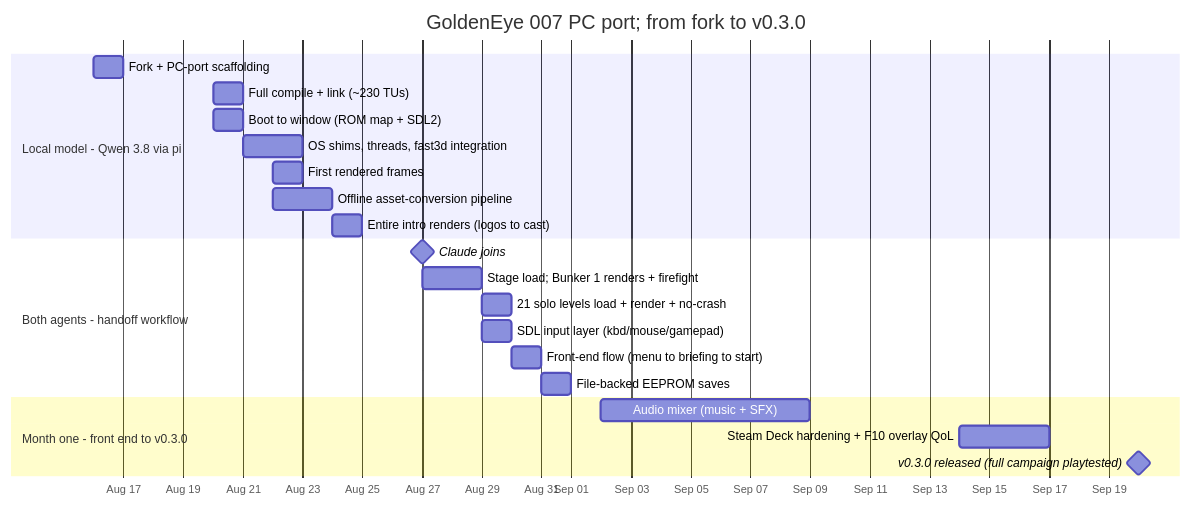
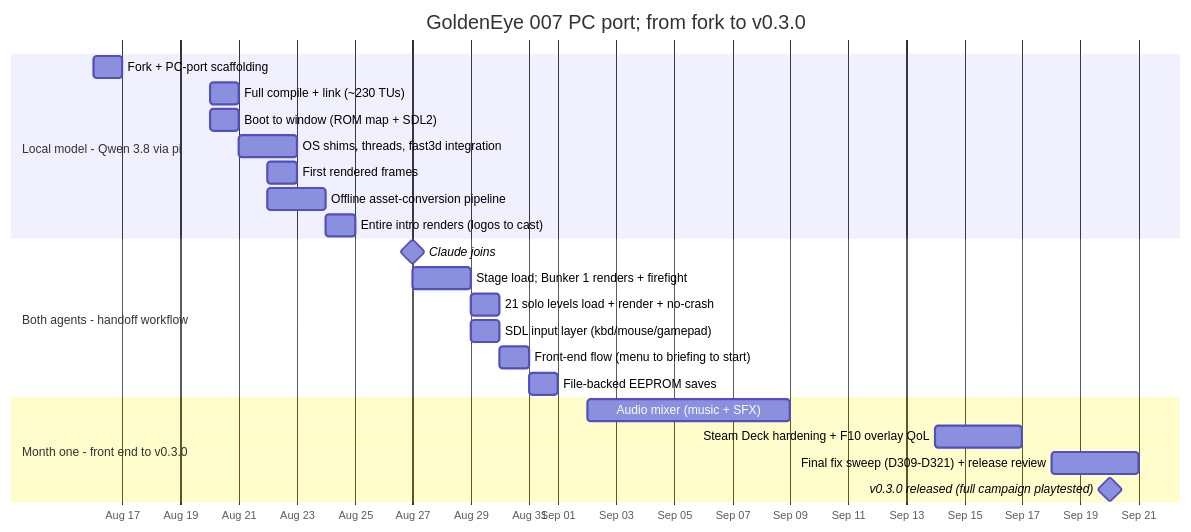
Before and after one commit to Sleepsong/goldeneye-pc-port: the first of 5 diagrams in docs/dev/agentic-development.md, drawn with Mermaid. The commit also changed other lines of this file and 1 other file, not shown here.

Commit message:
docs: deep v0.3.0 accuracy pass — README Background stats (36 days/16 Aug-20 Sep, ~835 commits, D1-D321/199 findings); agentic-dev timeframe 'August' -> 'August-September', gantt gains the 9/18-9/20 final fix sweep + release review bar, findings count 311 -> 321

````diff
--- a/docs/dev/agentic-development.md
+++ b/docs/dev/agentic-development.md
@@ -67,25 +67,26 @@
 ```mermaid
 gantt
     dateFormat YYYY-MM-DD
     axisFormat %b %d
     title GoldenEye 007 PC port; from fork to v0.3.0
     section Local model - Qwen 3.8 via pi
     Fork + PC-port scaffolding            :m1, 2026-08-16, 1d
     Full compile + link (~230 TUs)        :m2, 2026-08-20, 1d
     Boot to window (ROM map + SDL2)       :m3, 2026-08-20, 1d
     OS shims, threads, fast3d integration :2026-08-21, 2d
     First rendered frames                 :m4, 2026-08-22, 1d
     Offline asset-conversion pipeline     :2026-08-22, 2d
     Entire intro renders (logos to cast)  :m5, 2026-08-24, 1d
     section Both agents - handoff workflow
     Claude joins                          :milestone, 2026-08-27, 0d
     Stage load; Bunker 1 renders + firefight :2026-08-27, 2d
     21 solo levels load + render + no-crash  :m6, 2026-08-29, 1d
     SDL input layer (kbd/mouse/gamepad)   :2026-08-29, 1d
     Front-end flow (menu to briefing to start) :m7, 2026-08-30, 1d
     File-backed EEPROM saves              :2026-08-31, 1d
     section Month one - front end to v0.3.0
     Audio mixer (music + SFX)              :2026-09-02, 7d
     Steam Deck hardening + F10 overlay QoL :2026-09-14, 3d
+    Final fix sweep (D309-D321) + release review :2026-09-18, 3d
     v0.3.0 released (full campaign playtested) :milestone, 2026-09-20, 0d
 ```
````
